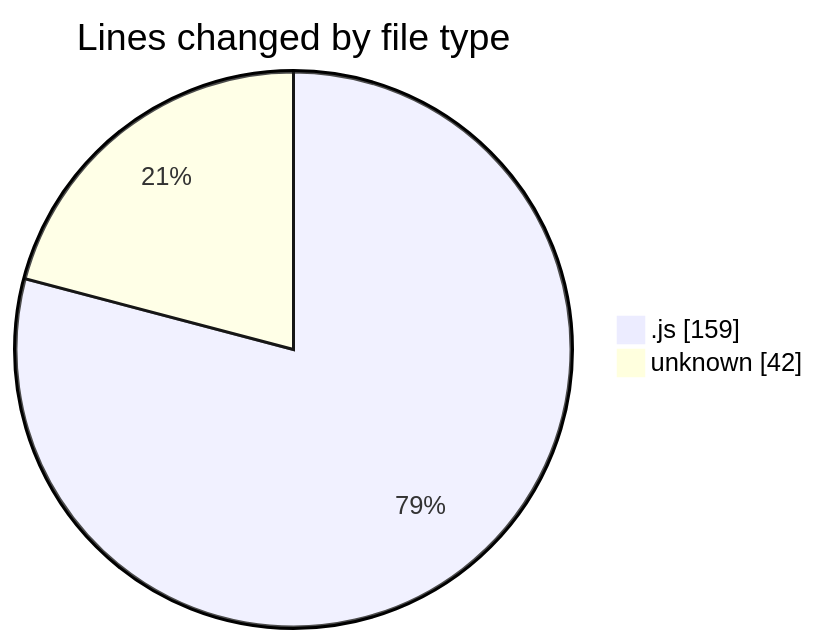
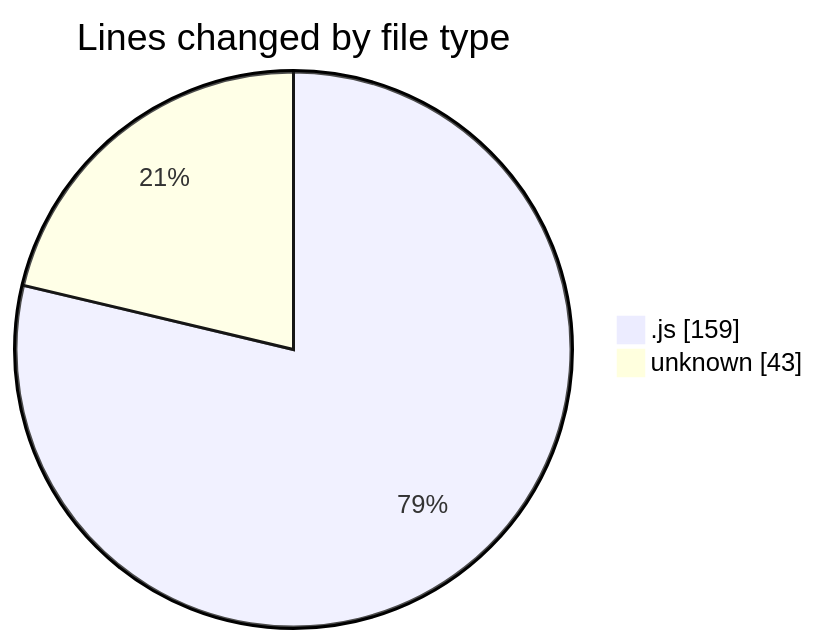
The first of 2 diagrams in 2026-11-15/nashik-misal-queue/README.md (nxtqubesakshisongat/code-tracking), drawn with Mermaid before and after one commit. The commit also changed other lines of this file and 1 other file, not shown here.

````diff
--- a/2026-11-15/nashik-misal-queue/README.md
+++ b/2026-11-15/nashik-misal-queue/README.md
@@ -22,6 +22,6 @@
 ```mermaid
 pie showData
 title Lines changed by file type
 ".js" : 159
-"unknown" : 42
+"unknown" : 43
 ```
````
